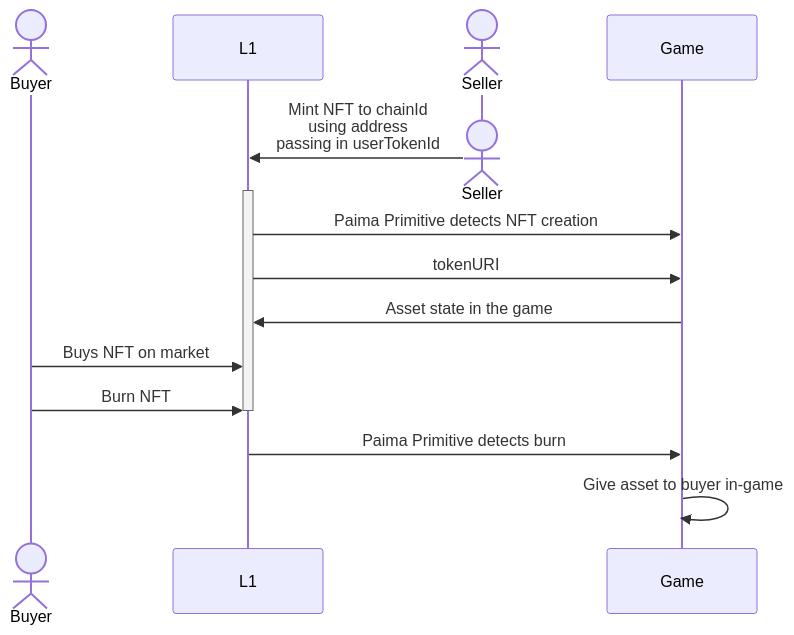
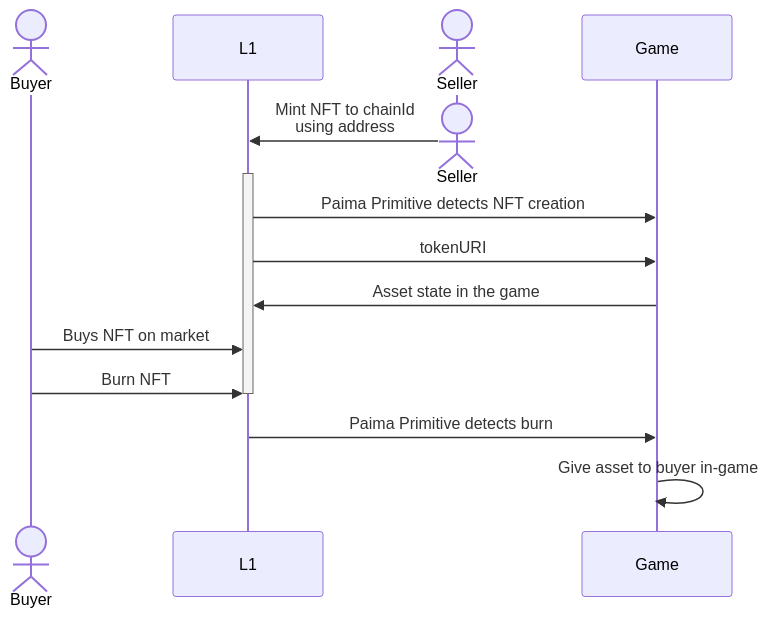
The fourth of 4 diagrams in docs/home/20000-PRCs/prc-3.md (PaimaStudios/paima-engine-docs), drawn with Mermaid before and after one commit. The commit also changed other lines of this file, not shown here.

````diff
--- a/docs/home/20000-PRCs/prc-3.md
+++ b/docs/home/20000-PRCs/prc-3.md
@@ -122,18 +187,18 @@
 ```mermaid
 sequenceDiagram
     actor Buyer
     participant L1
     actor Seller
     participant Game
     destroy Seller
-    Seller->>L1: Mint NFT to chainId <br> using address<br> passing in userTokenId
+    Seller->>L1: Mint NFT to chainId <br> using address
     activate L1
     L1->>Game: Paima Primitive detects NFT creation
     L1->>Game: tokenURI
     Game->>L1: Asset state in the game
     Buyer->>L1: Buys NFT on market
     Buyer->>L1: Burn NFT
     deactivate L1
     L1->>Game: Paima Primitive detects burn
     Game->>Game: Give asset to buyer in-game
 ```
````
